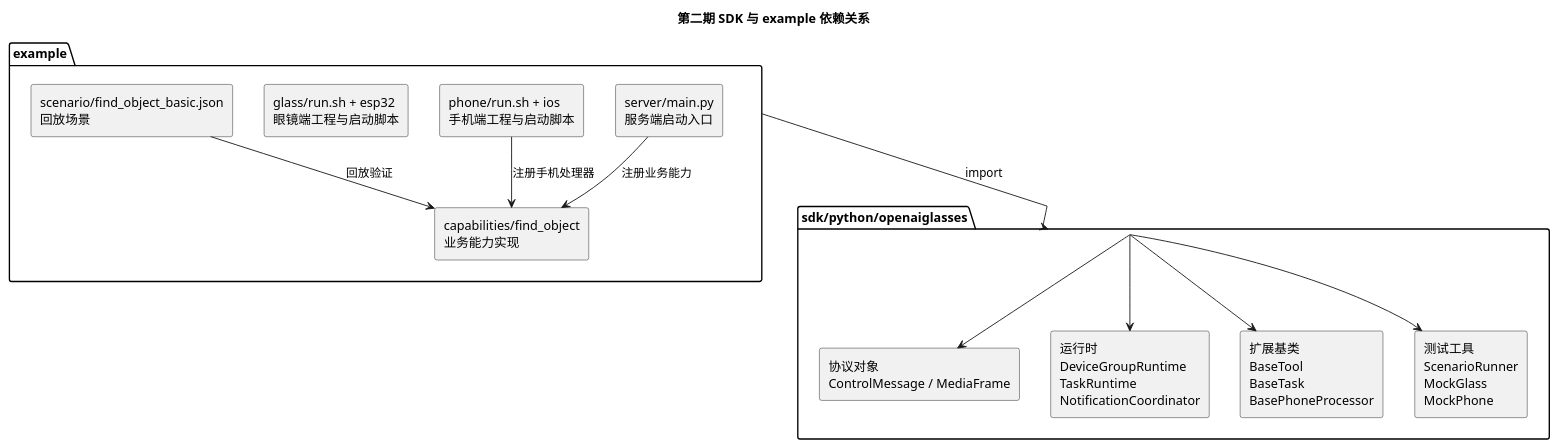
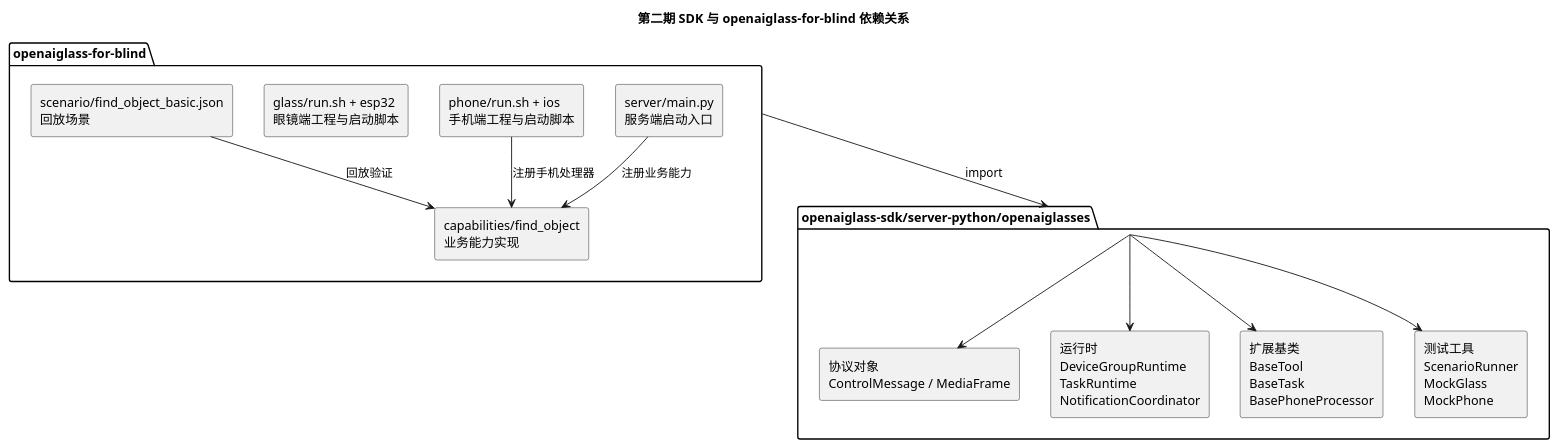
One commit to HengeLiu/RealtimeAgent changed the first of 2 diagrams in openaiglass-sdk/docs/stage2/plan/第二期-SDK核心运行时与开发者扩展面产品化开发计划.md. Above: the diagram before and after it, drawn with PlantUML. The commit also changed other lines of this file and 41 other files, not shown here.

````diff
--- a/openaiglass-sdk/docs/stage2/plan/第二期-SDK核心运行时与开发者扩展面产品化开发计划.md
+++ b/openaiglass-sdk/docs/stage2/plan/第二期-SDK核心运行时与开发者扩展面产品化开发计划.md
@@ -765,33 +765,33 @@
 ```plantuml
 @startuml
-title 第二期 SDK 与 example 依赖关系
+title 第二期 SDK 与 openaiglass-for-blind 依赖关系
 
 skinparam shadowing false
 skinparam defaultFontName Microsoft YaHei
 
-package "sdk/python/openaiglasses" as SDK {
+package "openaiglass-sdk/server-python/openaiglasses" as SDK {
   rectangle "协议对象\nControlMessage / MediaFrame" as PROTOCOL
   rectangle "运行时\nDeviceGroupRuntime\nTaskRuntime\nNotificationCoordinator" as RUNTIME
   rectangle "扩展基类\nBaseTool\nBaseTask\nBasePhoneProcessor" as BASE
   rectangle "测试工具\nScenarioRunner\nMockGlass\nMockPhone" as TESTING
 }
 
-package "example" as EXAMPLE {
+package "openaiglass-for-blind" as EXAMPLE {
   rectangle "server/main.py\n服务端启动入口" as SERVER_APP
   rectangle "phone/run.sh + ios\n手机端工程与启动脚本" as PHONE_APP
   rectangle "glass/run.sh + esp32\n眼镜端工程与启动脚本" as GLASS_APP
   rectangle "capabilities/find_object\n业务能力实现" as FIND
   rectangle "scenario/find_object_basic.json\n回放场景" as SCENARIO
 }
 
 EXAMPLE --> SDK : import
 SERVER_APP --> FIND : 注册业务能力
 PHONE_APP --> FIND : 注册手机处理器
 SCENARIO --> FIND : 回放验证
 SDK --> PROTOCOL
 SDK --> RUNTIME
 SDK --> BASE
 SDK --> TESTING
 
 @enduml
 ```
````
